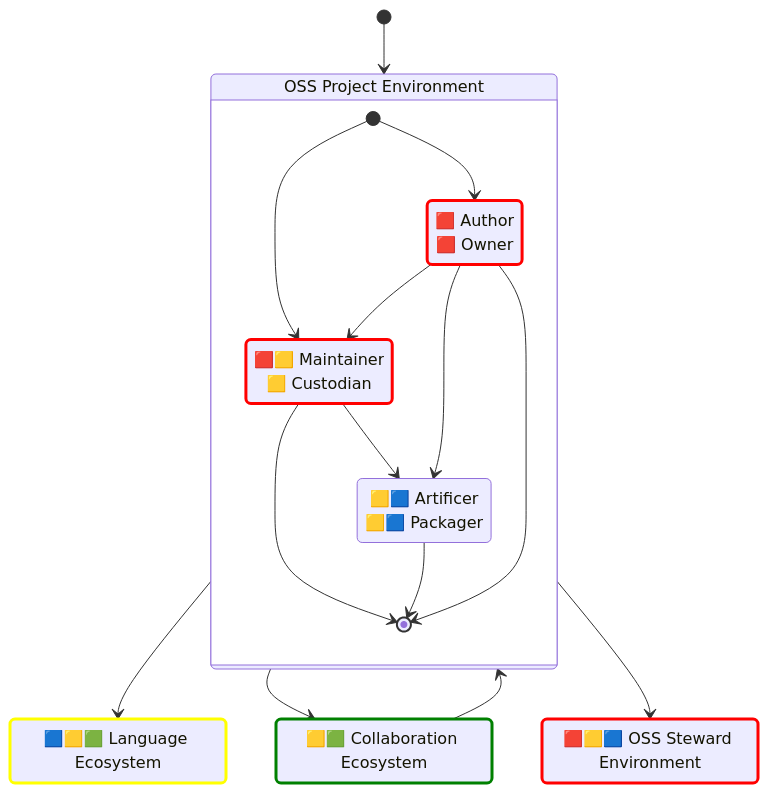
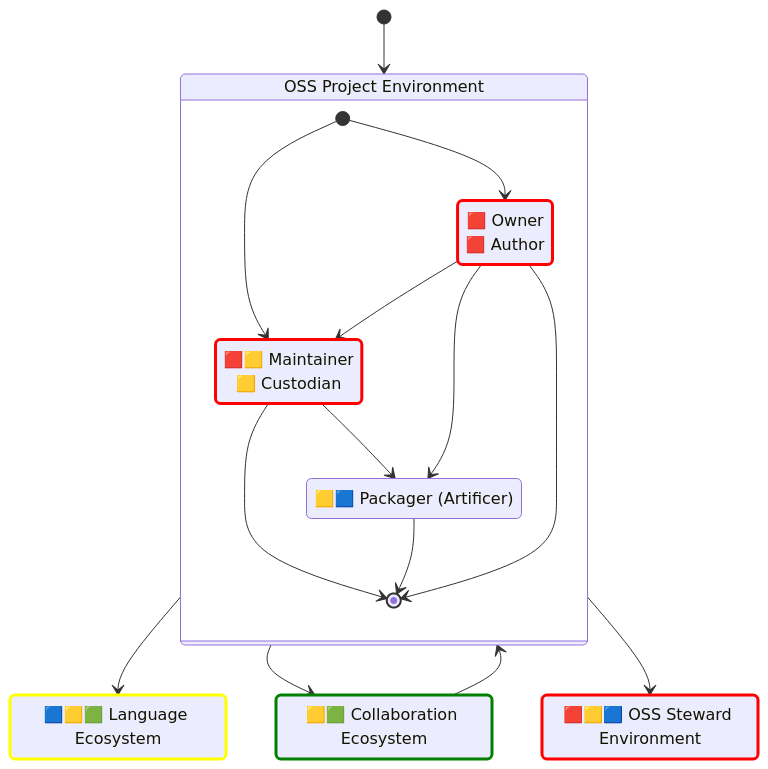
One commit to CPAN-Security/security.metacpan.org changed the fourth of 5 diagrams in docs/supplychain-sbom.md. Above: the diagram before and after it, drawn with Mermaid. The commit also changed other lines of this file, not shown here.

````diff
--- a/docs/supplychain-sbom.md
+++ b/docs/supplychain-sbom.md
@@ -481,55 +518,55 @@
 ```mermaid
 stateDiagram-v2
     direction TB
     accTitle: An Idealized Open Source Supply-chain Graph, OSS Project perspective
     %%accDescr: This graph illustrates how different types of development environments and ecosystems interconnect, what kind of roles you may find in these, and what type of metadata operations they may care to do
 
     %%
     classDef createsSBOM stroke:red,stroke-width:3px;
     classDef assemblesSBOM stroke:yellow,stroke-width:3px,stroke-dasharray:15 5;
     classDef updatesSBOM stroke:yellow,stroke-width:3px;
     classDef distributesSBOM stroke:green,stroke-width:3px;
     classDef verifiesSBOM stroke:#07f,stroke-width:3px;
     classDef censorsSBOM stroke:#07f,stroke-width:3px;
     classDef ignoresSBOM stroke:#777,stroke-width:3px;
 
     %% OSS Project Environment
-    state "🟥 Author<br>🟥 Owner" as project_author
+    state "🟥 Owner<br>🟥 Author" as project_author
     state "🟥🟨 Maintainer<br>🟨 Custodian" as project_maintainer
-    state "🟨🟦 Artificer<br>🟨🟦 Packager" as language_packager
+    state "🟨🟦 Packager (Artificer)" as language_packager
     %%
     state "OSS Project Environment" as environment_project {
-        [*] --> project_author
-        [*] --> project_maintainer
-        project_author  --> project_maintainer
+        [*]                --> project_author
+        [*]                --> project_maintainer
+        project_author     --> project_maintainer
         project_maintainer --> language_packager
-        project_author --> language_packager
+        project_author     --> language_packager
         project_maintainer --> [*]
-        language_packager --> [*]
-        project_author --> [*]
+        language_packager  --> [*]
+        project_author     --> [*]
     }
     %%
     class project_author createsSBOM
     class project_maintainer createsSBOM
-    class ecosystem_repo distributesSBOM
+    class ecosystem_forge distributesSBOM
     class ecosystem_lang updatesSBOM
     class environment_steward createsSBOM
 
     [*] --> environment_project
 
     %% Language Ecosystem
     state "🟦🟨🟩 Language Ecosystem" as ecosystem_lang
     environment_project --> ecosystem_lang
 
     %% Collaboration Ecosystem
-    state "🟨🟩 Collaboration Ecosystem" as ecosystem_repo
-    environment_project --> ecosystem_repo
+    state "🟨🟩 Collaboration Ecosystem" as ecosystem_forge
+    environment_project --> ecosystem_forge
     environment_project --> environment_steward
-    ecosystem_repo      --> environment_project
+    ecosystem_forge     --> environment_project
 
     %% OSS Steward Environment
     state "🟥🟨🟦 OSS Steward Environment" as environment_steward
 
     %% Copyright © 2024 Salve J. Nilsen <sjn@oslo.pm>
     %% Some rights reserved. Licensed CC-BY-SA-4.0
 ```
````
